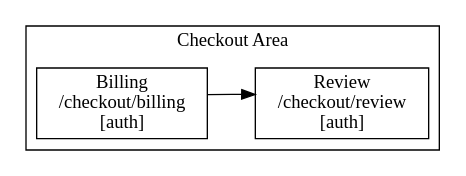
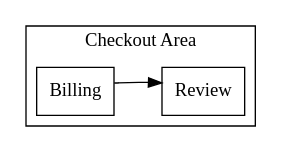
One commit to knutopia/Structured-Design-Documents changed the diagram in examples/rendered/v0.1/ia_place_map_diagram_type/outcome_to_ia_trace_example/simple_profile/outcome_to_ia_trace.ia_place_map.dot. Above: the diagram before and after it, drawn with Graphviz. The commit also changed 29 other files, not shown here.

```diff
--- a/examples/rendered/v0.1/ia_place_map_diagram_type/outcome_to_ia_trace_example/simple_profile/outcome_to_ia_trace.ia_place_map.dot
+++ b/examples/rendered/v0.1/ia_place_map_diagram_type/outcome_to_ia_trace_example/simple_profile/outcome_to_ia_trace.ia_place_map.dot
@@ -1,13 +1,13 @@
 digraph ia_place_map {
   rankdir=LR;
   graph [fontname="Public Sans"];
   node [shape=box, fontname="Public Sans"];
   edge [fontname="Public Sans"];
   subgraph cluster_A_001 {
     label="Checkout Area";
-    "P-001" [label="Billing\n/checkout/billing\n[auth]"];
-    "P-002" [label="Review\n/checkout/review\n[auth]"];
+    "P-001" [label="Billing"];
+    "P-002" [label="Review"];
   }
   "P-001" -> "P-002" [style=invis, weight=100];
   "P-001" -> "P-002";
 }
```
